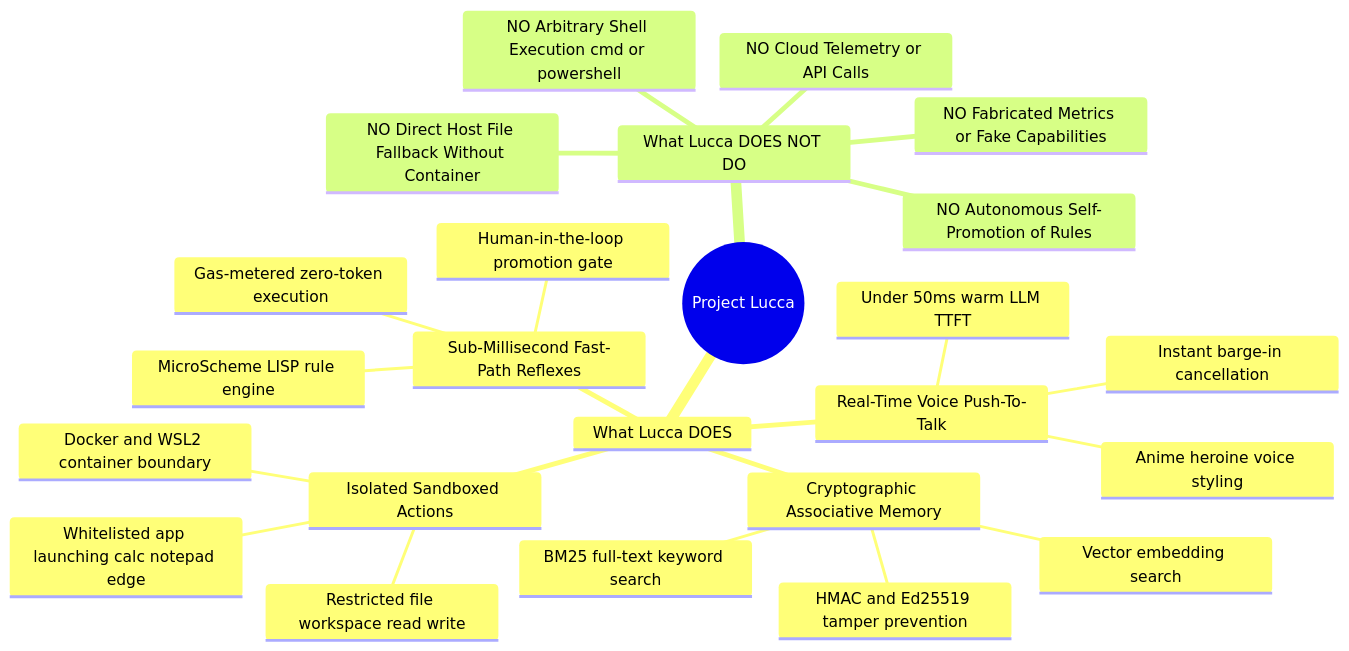
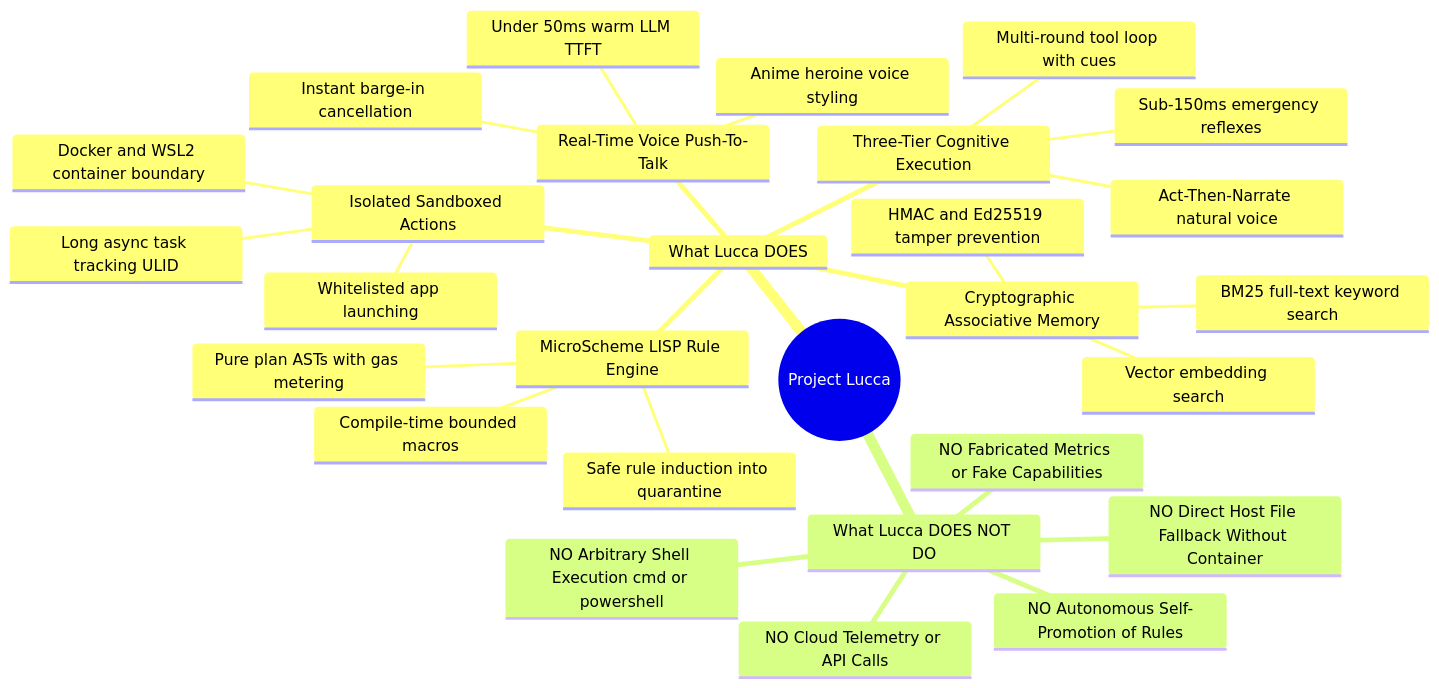
Before and after one commit to AlienatedAliens/ProjectLucca: the first of 2 diagrams in docs/ARCHITECTURE.md, drawn with Mermaid. The commit also changed other lines of this file and 72 other files, not shown here.

````diff
--- a/docs/ARCHITECTURE.md
+++ b/docs/ARCHITECTURE.md
@@ -80,27 +89,31 @@
 ```mermaid
 mindmap
   root((Project Lucca))
     What Lucca DOES
       Real-Time Voice Push-To-Talk
         Under 50ms warm LLM TTFT
         Instant barge-in cancellation
         Anime heroine voice styling
-      Sub-Millisecond Fast-Path Reflexes
-        MicroScheme LISP rule engine
-        Gas-metered zero-token execution
-        Human-in-the-loop promotion gate
+      Three-Tier Cognitive Execution
+        Sub-150ms emergency reflexes
+        Act-Then-Narrate natural voice
+        Multi-round tool loop with cues
+      MicroScheme LISP Rule Engine
+        Pure plan ASTs with gas metering
+        Compile-time bounded macros
+        Safe rule induction into quarantine
       Cryptographic Associative Memory
         Vector embedding search
         BM25 full-text keyword search
         HMAC and Ed25519 tamper prevention
       Isolated Sandboxed Actions
         Docker and WSL2 container boundary
-        Whitelisted app launching calc notepad edge
-        Restricted file workspace read write
+        Whitelisted app launching
+        Long async task tracking ULID
     What Lucca DOES NOT DO
       NO Cloud Telemetry or API Calls
       NO Arbitrary Shell Execution cmd or powershell
       NO Direct Host File Fallback Without Container
       NO Fabricated Metrics or Fake Capabilities
       NO Autonomous Self-Promotion of Rules
 ```
````
